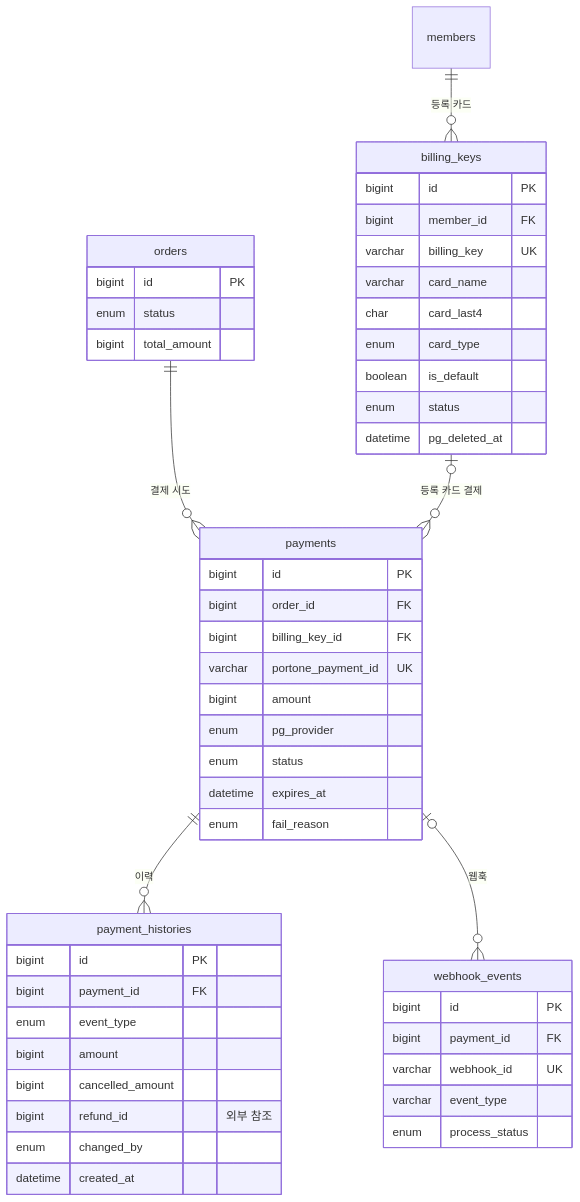
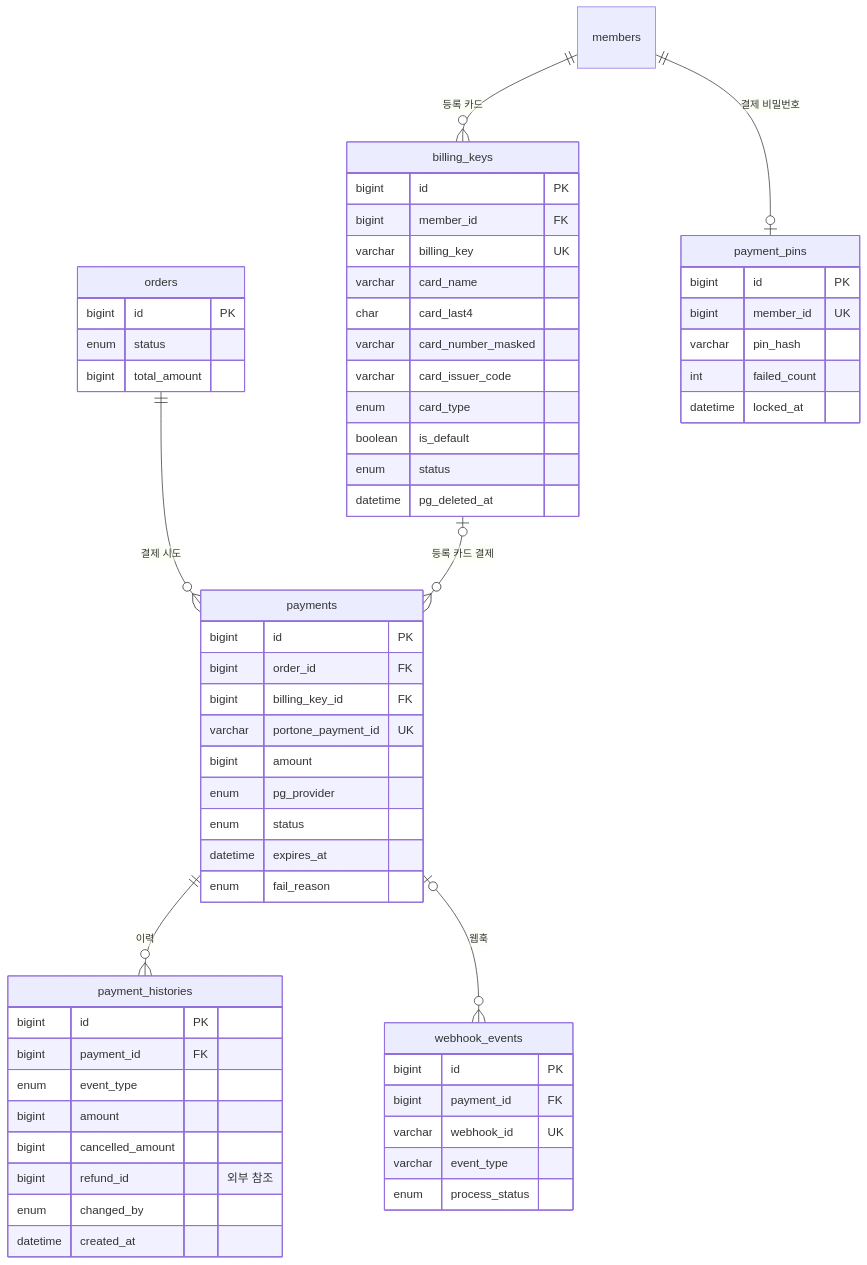
One commit to sparta-final-4/take-care-of-my-fridge changed the seventh of 8 diagrams in docs/database/erd.md. Above: the diagram before and after it, drawn with Mermaid. The commit also changed other lines of this file and 8 other files, not shown here.

````diff
--- a/docs/database/erd.md
+++ b/docs/database/erd.md
@@ -297,53 +297,63 @@
 ```mermaid
 erDiagram
     orders ||--o{ payments : "결제 시도"
     members ||--o{ billing_keys : "등록 카드"
+    members ||--o| payment_pins : "결제 비밀번호"
     billing_keys |o--o{ payments : "등록 카드 결제"
     payments ||--o{ payment_histories : "이력"
     payments |o--o{ webhook_events : "웹훅"
 
     orders {
         bigint id PK
         enum status
         bigint total_amount
     }
     billing_keys {
         bigint id PK
         bigint member_id FK
         varchar billing_key UK
         varchar card_name
         char card_last4
+        varchar card_number_masked
+        varchar card_issuer_code
         enum card_type
         boolean is_default
         enum status
         datetime pg_deleted_at
+    }
+    payment_pins {
+        bigint id PK
+        bigint member_id UK
+        varchar pin_hash
+        int failed_count
+        datetime locked_at
     }
     payments {
         bigint id PK
         bigint order_id FK
         bigint billing_key_id FK
         varchar portone_payment_id UK
         bigint amount
         enum pg_provider
         enum status
         datetime expires_at
         enum fail_reason
     }
     payment_histories {
         bigint id PK
         bigint payment_id FK
         enum event_type
         bigint amount
         bigint cancelled_amount
         bigint refund_id "외부 참조"
         enum changed_by
         datetime created_at
     }
     webhook_events {
         bigint id PK
         bigint payment_id FK
         varchar webhook_id UK
         varchar event_type
         enum process_status
     }
 ```
````
